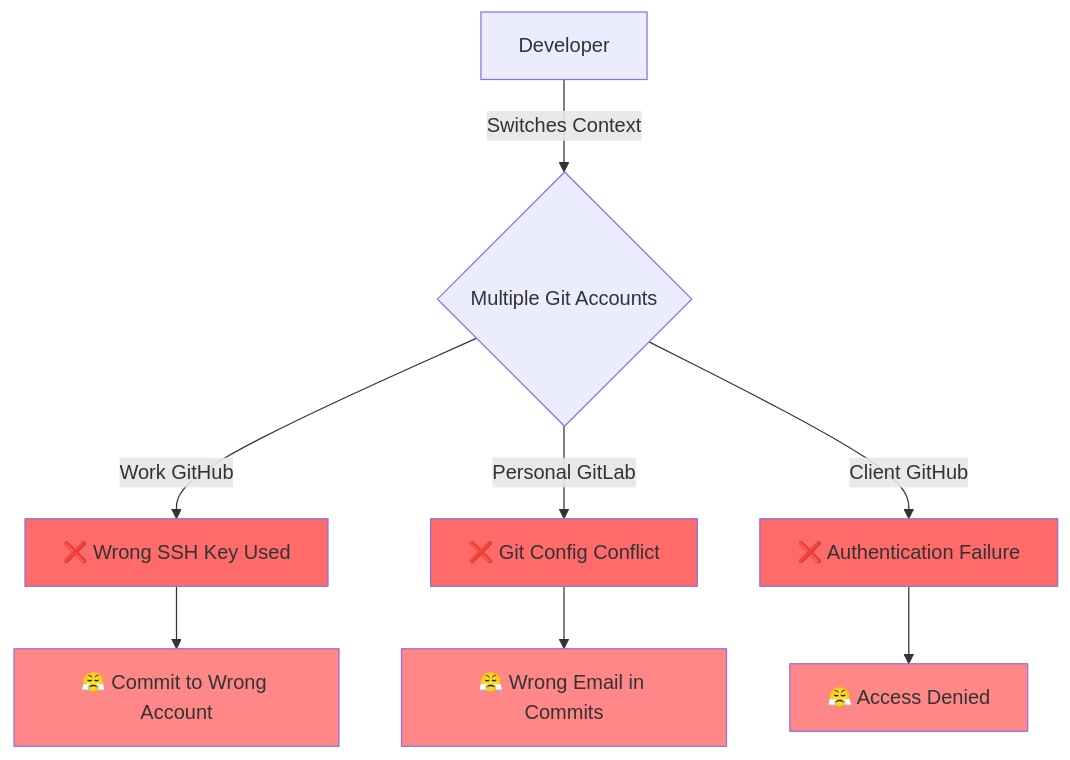
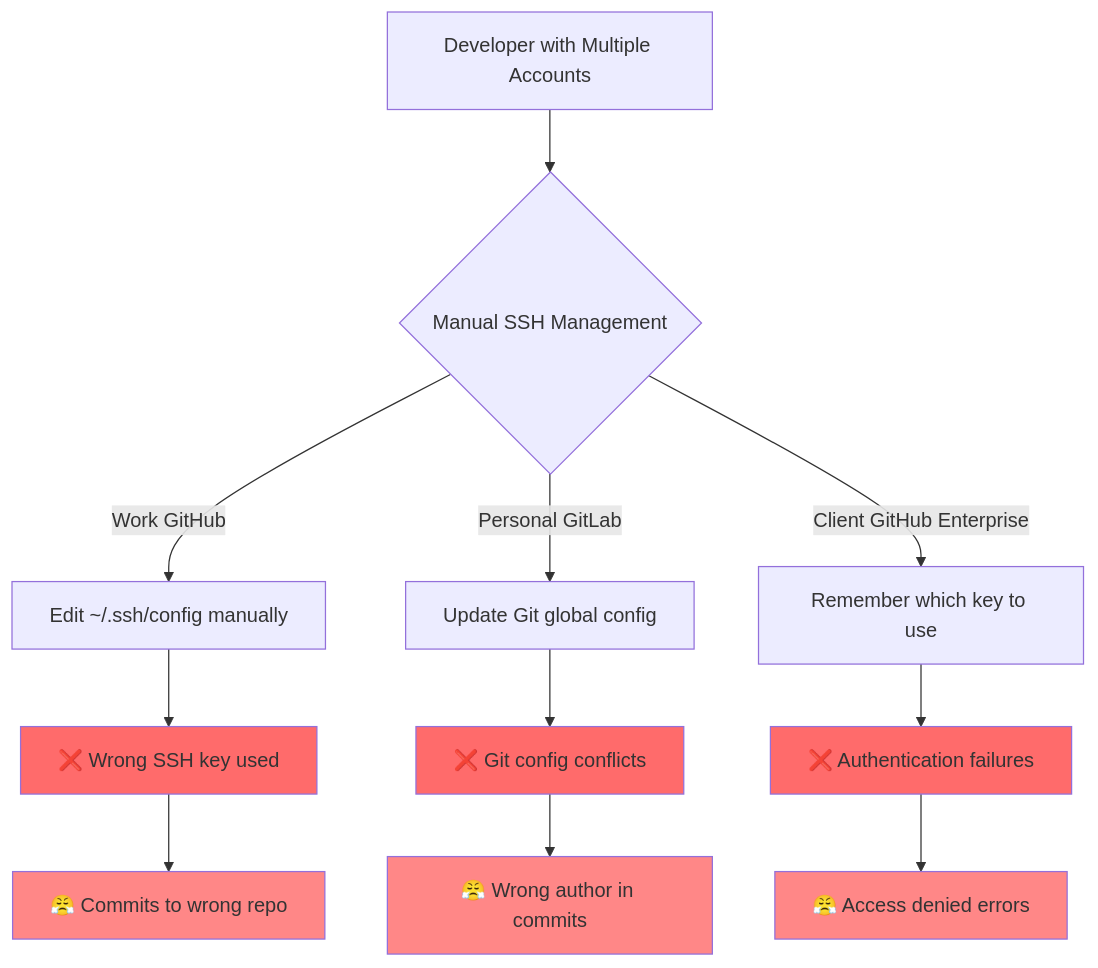
Before and after one commit to techishthoughts-org/gitshift: the first of 6 diagrams in README.md, drawn with Mermaid. The commit also changed other lines of this file, not shown here.

````diff
--- a/README.md
+++ b/README.md
@@ -62,18 +73,22 @@
 ```mermaid
 graph TD
-    A[Developer] -->|Switches Context| B{Multiple Git Accounts}
-    B -->|Work GitHub| C[❌ Wrong SSH Key Used]
-    B -->|Personal GitLab| D[❌ Git Config Conflict]
-    B -->|Client GitHub| E[❌ Authentication Failure]
+    A[Developer with Multiple Accounts] --> B{Manual SSH Management}
+    B -->|Work GitHub| C[Edit ~/.ssh/config manually]
+    B -->|Personal GitLab| D[Update Git global config]
+    B -->|Client GitHub Enterprise| E[Remember which key to use]
 
-    C --> F[😤 Commit to Wrong Account]
-    D --> G[😤 Wrong Email in Commits]
-    E --> H[😤 Access Denied]
+    C --> F[❌ Wrong SSH key used]
+    D --> G[❌ Git config conflicts]
+    E --> H[❌ Authentication failures]
 
-    style C fill:#ff6b6b
-    style D fill:#ff6b6b
-    style E fill:#ff6b6b
-    style F fill:#ff8787
-    style G fill:#ff8787
-    style H fill:#ff8787
+    F --> I[😤 Commits to wrong repo]
+    G --> J[😤 Wrong author in commits]
+    H --> K[😤 Access denied errors]
+
+    style F fill:#ff6b6b
+    style G fill:#ff6b6b
+    style H fill:#ff6b6b
+    style I fill:#ff8787
+    style J fill:#ff8787
+    style K fill:#ff8787
 ```
````
